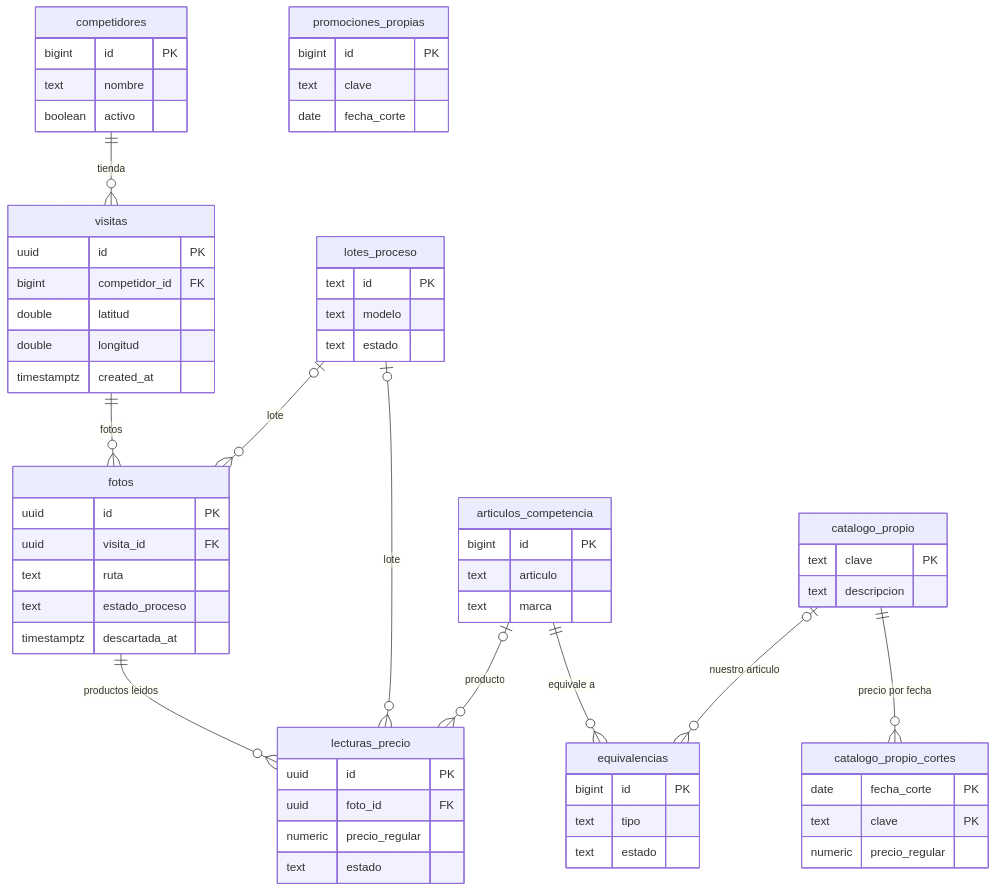
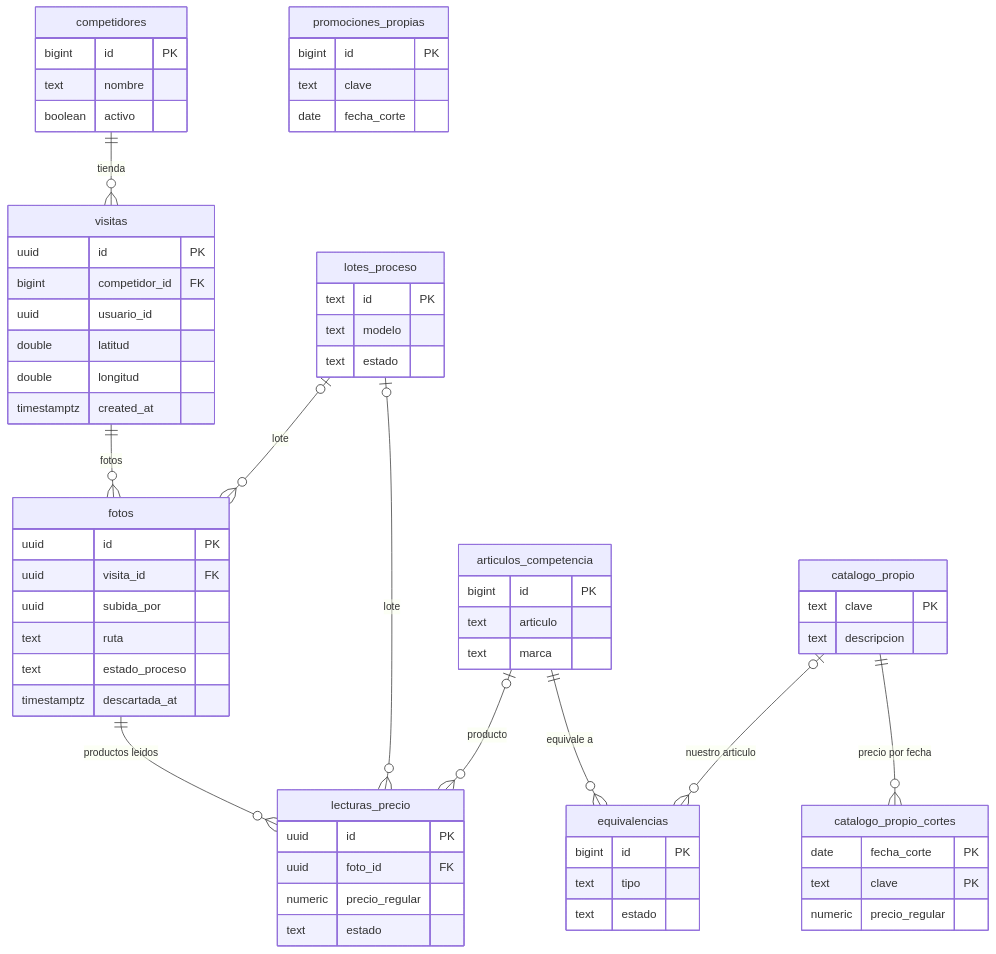
One commit to x24-evoluxion/Levantamiento-precio changed the diagram in docs/RESUMEN_PROYECTO.md. Above: the diagram before and after it, drawn with Mermaid. The commit also changed other lines of this file and 26 other files, not shown here.

````diff
--- a/docs/RESUMEN_PROYECTO.md
+++ b/docs/RESUMEN_PROYECTO.md
@@ -86,67 +87,69 @@
 ```mermaid
 erDiagram
   competidores ||--o{ visitas : "tienda"
   visitas ||--o{ fotos : "fotos"
   lotes_proceso |o--o{ fotos : "lote"
   fotos ||--o{ lecturas_precio : "productos leidos"
   lotes_proceso |o--o{ lecturas_precio : "lote"
   articulos_competencia |o--o{ lecturas_precio : "producto"
   articulos_competencia ||--o{ equivalencias : "equivale a"
   catalogo_propio |o--o{ equivalencias : "nuestro articulo"
   catalogo_propio ||--o{ catalogo_propio_cortes : "precio por fecha"
 
   competidores {
     bigint id PK
     text nombre
     boolean activo
   }
   visitas {
     uuid id PK
     bigint competidor_id FK
+    uuid usuario_id
     double latitud
     double longitud
     timestamptz created_at
   }
   fotos {
     uuid id PK
     uuid visita_id FK
+    uuid subida_por
     text ruta
     text estado_proceso
     timestamptz descartada_at
   }
   lotes_proceso {
     text id PK
     text modelo
     text estado
   }
   lecturas_precio {
     uuid id PK
     uuid foto_id FK
     numeric precio_regular
     text estado
   }
   articulos_competencia {
     bigint id PK
     text articulo
     text marca
   }
   equivalencias {
     bigint id PK
     text tipo
     text estado
   }
   catalogo_propio {
     text clave PK
     text descripcion
   }
   catalogo_propio_cortes {
     date fecha_corte PK
     text clave PK
     numeric precio_regular
   }
   promociones_propias {
     bigint id PK
     text clave
     date fecha_corte
   }
 ```
````
